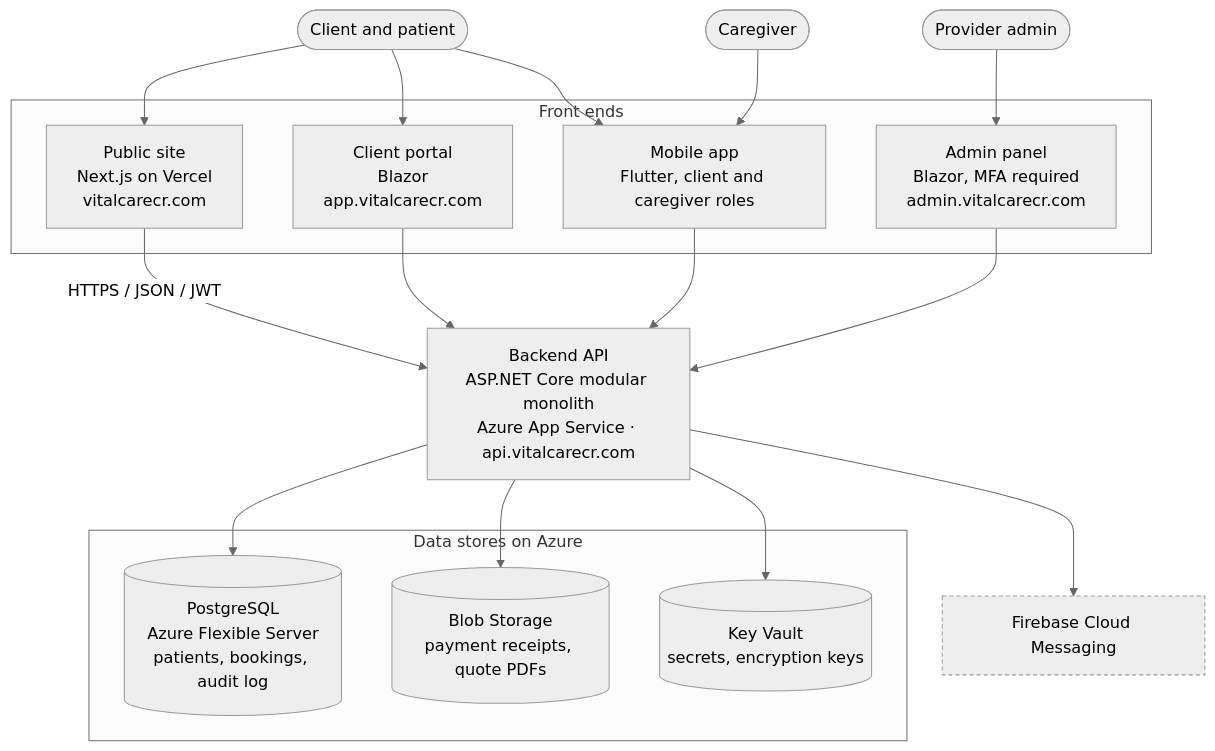
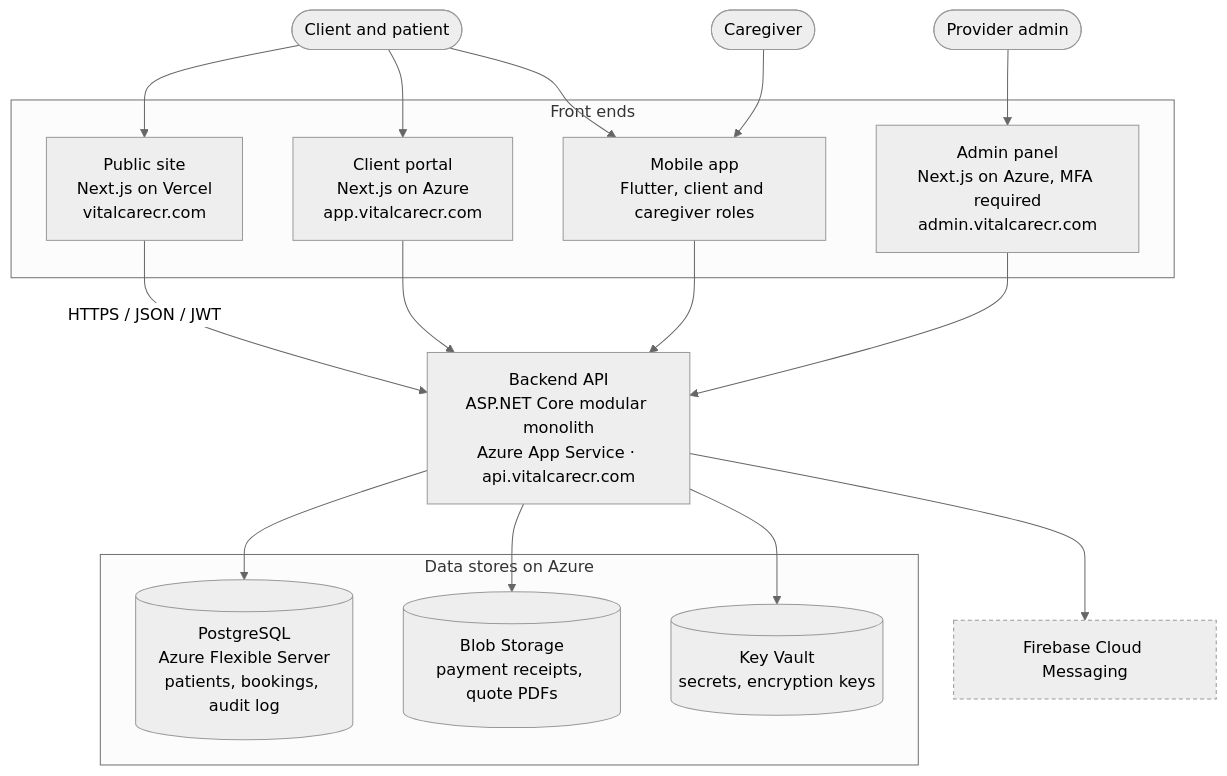
One commit to jeinando/VitalCare-Platform changed the diagram in docs/architecture/c4-containers.md. Above: the diagram before and after it, drawn with Mermaid (neutral theme). The commit also changed other lines of this file and 5 other files, not shown here.

First line of the commit message:
docs: ADR-008 moves client portal and admin panel to Next.js

````diff
--- a/docs/architecture/c4-containers.md
+++ b/docs/architecture/c4-containers.md
@@ -5,41 +5,41 @@
 ```mermaid
 flowchart TB
     client([Client and patient])
     caregiver([Caregiver])
     admin([Provider admin])
 
     subgraph frontends[Front ends]
         public["Public site<br/>Next.js on Vercel<br/>vitalcarecr.com"]
-        portal["Client portal<br/>Blazor<br/>app.vitalcarecr.com"]
+        portal["Client portal<br/>Next.js on Azure<br/>app.vitalcarecr.com"]
         mobile["Mobile app<br/>Flutter, client and caregiver roles"]
-        adminpanel["Admin panel<br/>Blazor, MFA required<br/>admin.vitalcarecr.com"]
+        adminpanel["Admin panel<br/>Next.js on Azure, MFA required<br/>admin.vitalcarecr.com"]
     end
 
     api["Backend API<br/>ASP.NET Core modular monolith<br/>Azure App Service · api.vitalcarecr.com"]
 
     subgraph data[Data stores on Azure]
         db[("PostgreSQL<br/>Azure Flexible Server<br/>patients, bookings, audit log")]
         blob[("Blob Storage<br/>payment receipts, quote PDFs")]
         kv[("Key Vault<br/>secrets, encryption keys")]
     end
 
     fcm["Firebase Cloud Messaging"]:::external
 
     client --> public
     client --> portal
     client --> mobile
     caregiver --> mobile
     admin --> adminpanel
 
     public -- "HTTPS / JSON / JWT" --> api
     portal --> api
     mobile --> api
     adminpanel --> api
 
     api --> db
     api --> blob
     api --> kv
     api --> fcm
 
     classDef external stroke-dasharray: 4 3
 ```
````
